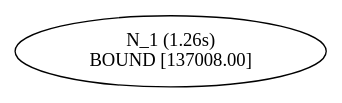
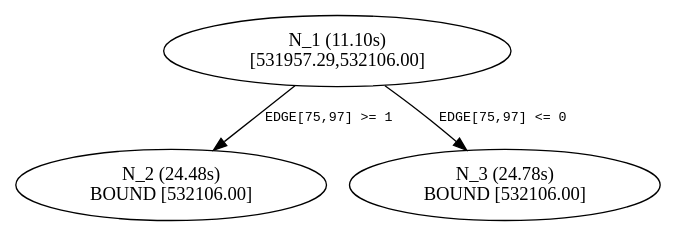
The diagram in BaPTree.dot (Bv1717/cvrp_reduce_then_optimize), drawn with Graphviz before and after one commit. The commit also changed 1354 other files, not shown here.

Commit message:
undirected graph + instances

```diff
--- a/BaPTree.dot
+++ b/BaPTree.dot
@@ -1,6 +1,10 @@
 ##Command to get a nice layout: dot -Tpdf thisfile > thisfile.pdf
 
 digraph master_0_BaP_Tree {
 edge[fontname = "Courier", fontsize = 10];
-n1 [label="N_1 (1.26s) \nBOUND [137008.00]"];
+n1 [label="N_1 (11.10s) \n[531957.29,532106.00]"];
+n2 [label="N_2 (24.48s) \nBOUND [532106.00]"];
+n1 -> n2 [ label = " EDGE[75,97] >= 1  " ];
+n3 [label="N_3 (24.78s) \nBOUND [532106.00]"];
+n1 -> n3 [ label = " EDGE[75,97] <= 0  " ];
 }
```
